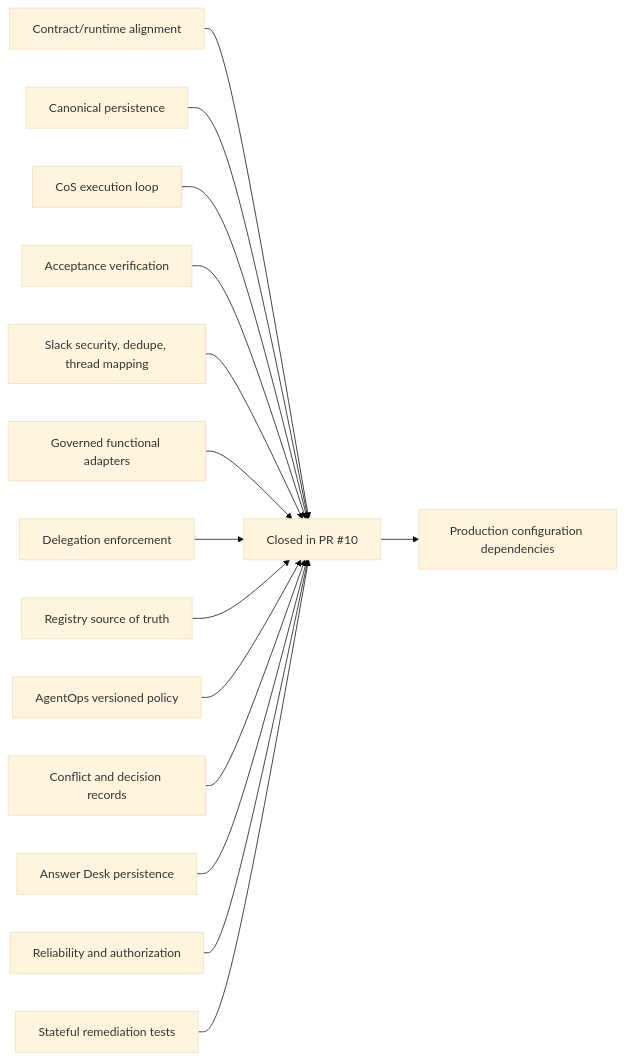
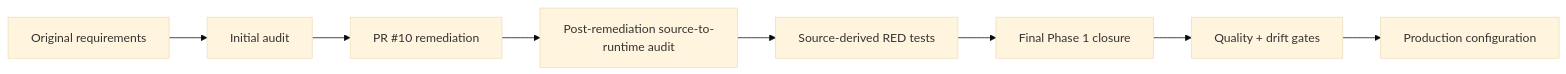
One commit to mkleinbe/mesh-ai-agent-cos-universe changed the diagram in docs/phase-1-gap-assessment-2026-08-17.md. Above: the diagram before and after it, drawn with Mermaid (base theme). The commit also changed other lines of this file, not shown here.

Commit message:
docs: reconcile historical gap assessment to final closure

````diff
--- a/docs/phase-1-gap-assessment-2026-08-17.md
+++ b/docs/phase-1-gap-assessment-2026-08-17.md
@@ -13,17 +12,10 @@
 ```mermaid
 flowchart LR
-    G1[Contract/runtime alignment] --> C[Closed in PR #10]
-    G2[Canonical persistence] --> C
-    G3[CoS execution loop] --> C
-    G4[Acceptance verification] --> C
-    G5[Slack security, dedupe, thread mapping] --> C
-    G6[Governed functional adapters] --> C
-    G7[Delegation enforcement] --> C
-    G8[Registry source of truth] --> C
-    G9[AgentOps versioned policy] --> C
-    G10[Conflict and decision records] --> C
-    G11[Answer Desk persistence] --> C
-    G12[Reliability and authorization] --> C
-    G13[Stateful remediation tests] --> C
-    C --> P[Production configuration dependencies]
+    R[Original requirements] --> A1[Initial audit]
+    A1 --> P10[PR #10 remediation]
+    P10 --> A2[Post-remediation source-to-runtime audit]
+    A2 --> T[Source-derived RED tests]
+    T --> F[Final Phase 1 closure]
+    F --> CI[Quality + drift gates]
+    CI --> PROD[Production configuration]
 ```
````
